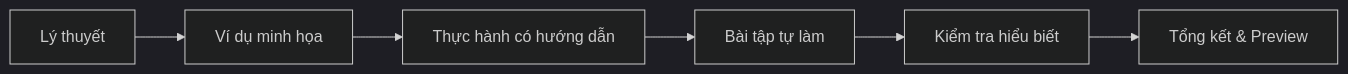
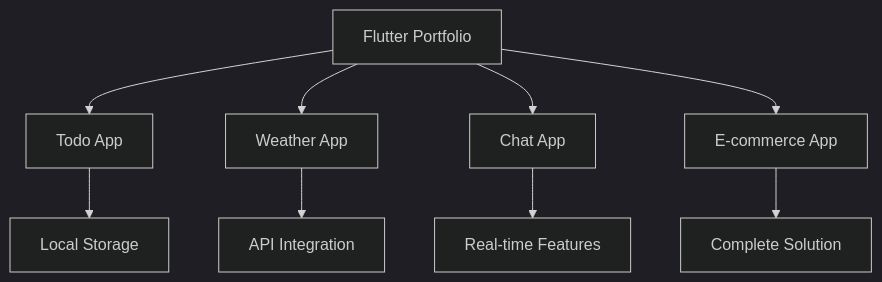
The fourth of 4 diagrams in src/content/soft-skills/flutter/bai-0.mdx (khieu-dv/vievlog), drawn with Mermaid (dark theme) before and after one commit. The commit also changed other lines of this file and 3 other files, not shown here.

````diff
--- a/src/content/soft-skills/flutter/bai-0.mdx
+++ b/src/content/soft-skills/flutter/bai-0.mdx
@@ -148,8 +164,11 @@
 ```mermaid
-flowchart LR
-    A[Lý thuyết] --> B[Ví dụ minh họa]
-    B --> C[Thực hành có hướng dẫn]
-    C --> D[Bài tập tự làm]
-    D --> E[Kiểm tra hiểu biết]
-    E --> F[Tổng kết & Preview]
+graph TD
+    A[Flutter Portfolio] --> B[Todo App]
+    A --> C[Weather App]
+    A --> D[Chat App]
+    A --> E[E-commerce App]
+    B --> F[Local Storage]
+    C --> G[API Integration]
+    D --> H[Real-time Features]
+    E --> I[Complete Solution]
 ```
````
